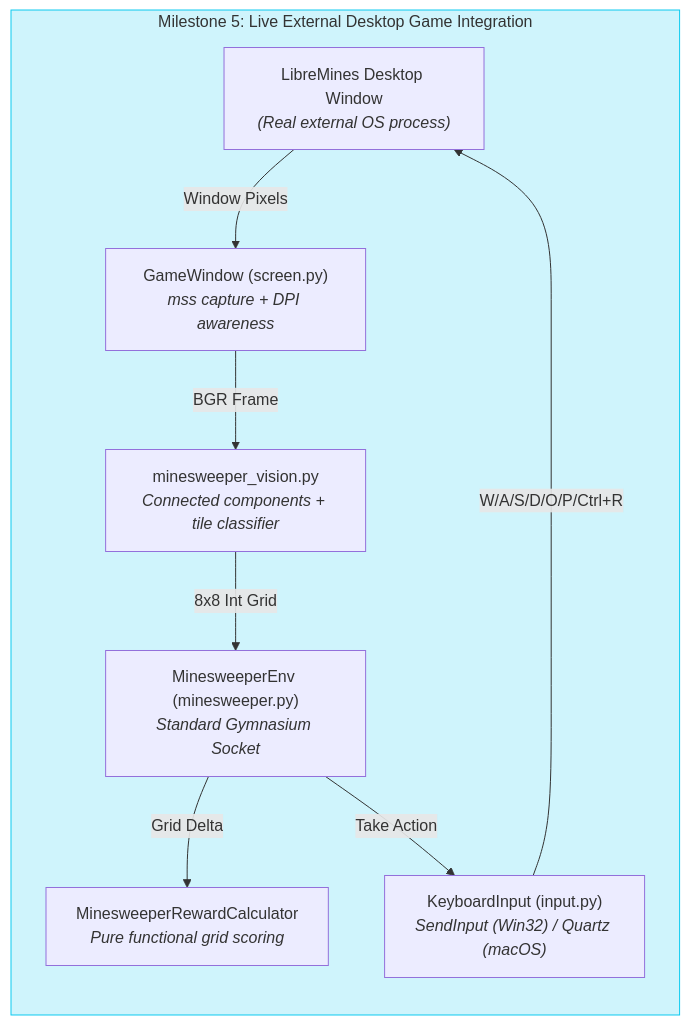
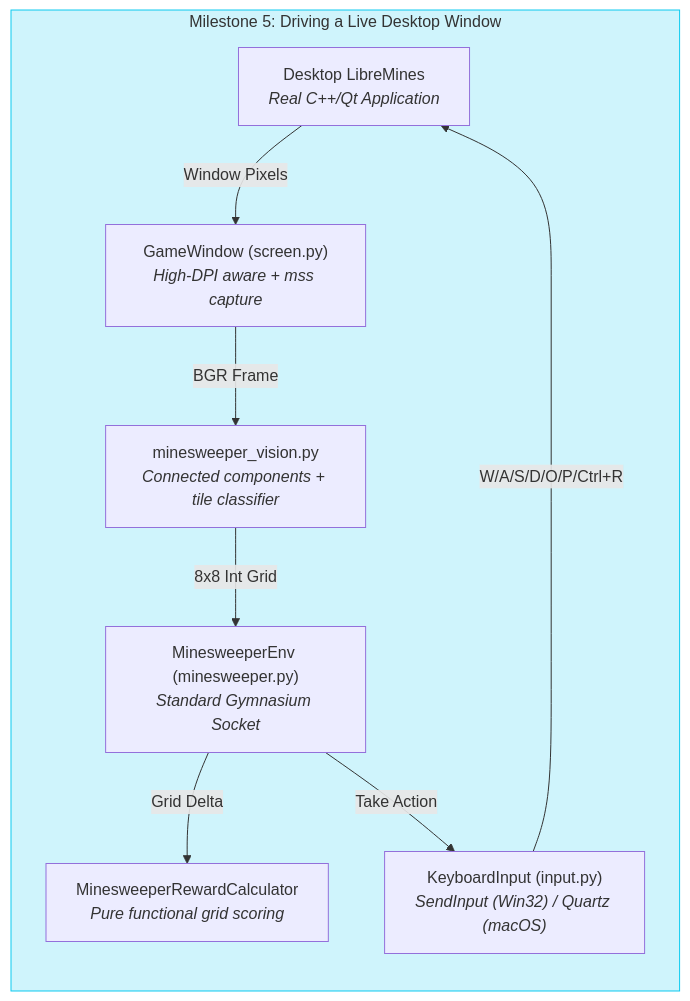
One commit to Showerss/GameTrainer changed the seventh of 7 diagrams in docs/MASTER_GUIDE.md. Above: the diagram before and after it, drawn with Mermaid. The commit also changed other lines of this file and 5 other files, not shown here.

````diff
--- a/docs/MASTER_GUIDE.md
+++ b/docs/MASTER_GUIDE.md
@@ -545,21 +600,21 @@
 ```mermaid
-flowchart TD
-    subgraph M5_PIECES["Milestone 5: Live External Desktop Game Integration"]
+flowchart LR
+    subgraph M5_PIECES["Milestone 5: Driving a Live Desktop Window"]
         direction TB
-        GAME["LibreMines Desktop Window<br/><i>(Real external OS process)</i>"]
-        GW["GameWindow (screen.py)<br/><i>mss capture + DPI awareness</i>"]
+        GAME["Desktop LibreMines<br/><i>Real C++/Qt Application</i>"]
+        GW["GameWindow (screen.py)<br/><i>High-DPI aware + mss capture</i>"]
         VISION["minesweeper_vision.py<br/><i>Connected components + tile classifier</i>"]
         ENV["MinesweeperEnv (minesweeper.py)<br/><i>Standard Gymnasium Socket</i>"]
         REWARD["MinesweeperRewardCalculator<br/><i>Pure functional grid scoring</i>"]
         HANDS["KeyboardInput (input.py)<br/><i>SendInput (Win32) / Quartz (macOS)</i>"]
         
         GAME -- "Window Pixels" --> GW
         GW -- "BGR Frame" --> VISION
         VISION -- "8x8 Int Grid" --> ENV
         ENV -- "Grid Delta" --> REWARD
         ENV -- "Take Action" --> HANDS
         HANDS -- "W/A/S/D/O/P/Ctrl+R" --> GAME
     end
 
     style M5_PIECES fill:#cff4fc,stroke:#0dcaf0
 ```
````
